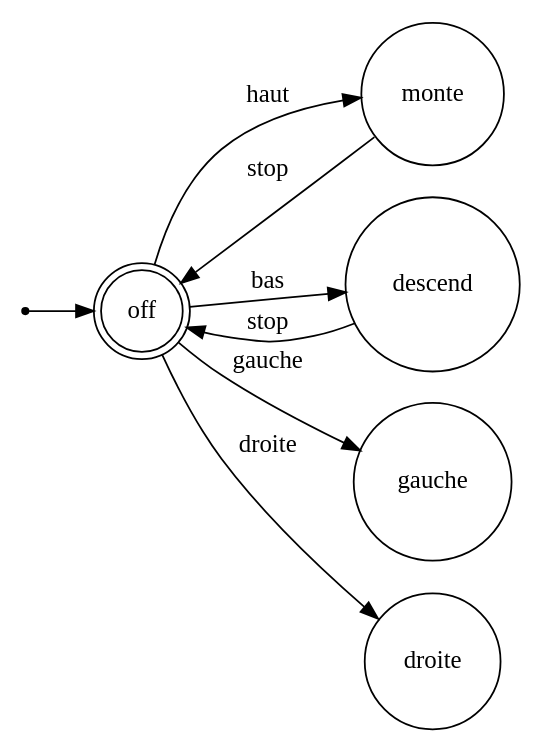
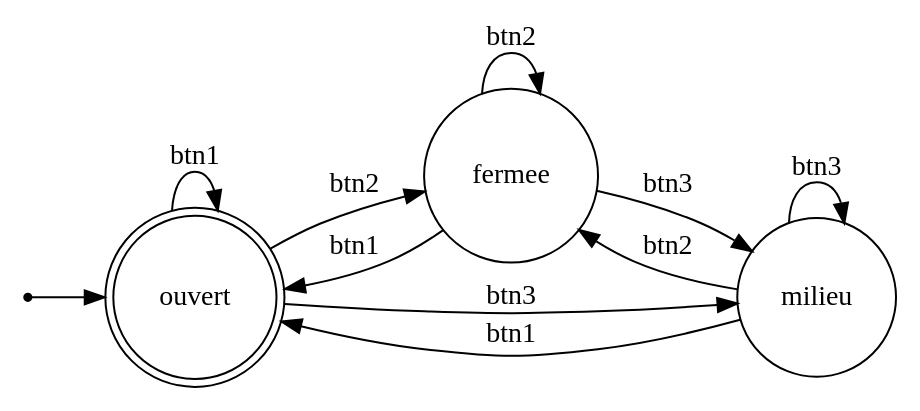
One commit to mineosx29/wasm-as-ensta changed the diagram in Compilator/code.gv. Above: the diagram before and after it, drawn with Graphviz. The commit also changed 6 other files, not shown here.

```diff
--- a/Compilator/code.gv
+++ b/Compilator/code.gv
@@ -1,18 +1,19 @@
 digraph automate{
 rankdir=LR;
 size="8,5"
-node [shape = doublecircle];off;
+node [shape = doublecircle];ouvert;
 node [shape = point ]; qi
 node [shape = circle];
-qi -> off;
-node [shape = circle];monte;
-node [shape = circle];descend;
-node [shape = circle];gauche;
-node [shape = circle];droite;
-off -> monte [ label = "haut"];
-off -> descend [ label = "bas"];
-off -> gauche [ label = "gauche"];
-off -> droite [ label = "droite"];
-monte -> off [ label = "stop"];
-descend -> off [ label = "stop"];
+qi -> ouvert;
+node [shape = circle];fermee;
+node [shape = circle];milieu;
+ouvert -> ouvert [ label = "btn1"];
+ouvert -> fermee [ label = "btn2"];
+ouvert -> milieu [ label = "btn3"];
+fermee -> ouvert [ label = "btn1"];
+fermee -> fermee [ label = "btn2"];
+fermee -> milieu [ label = "btn3"];
+milieu -> ouvert [ label = "btn1"];
+milieu -> fermee [ label = "btn2"];
+milieu -> milieu [ label = "btn3"];
 }
```
